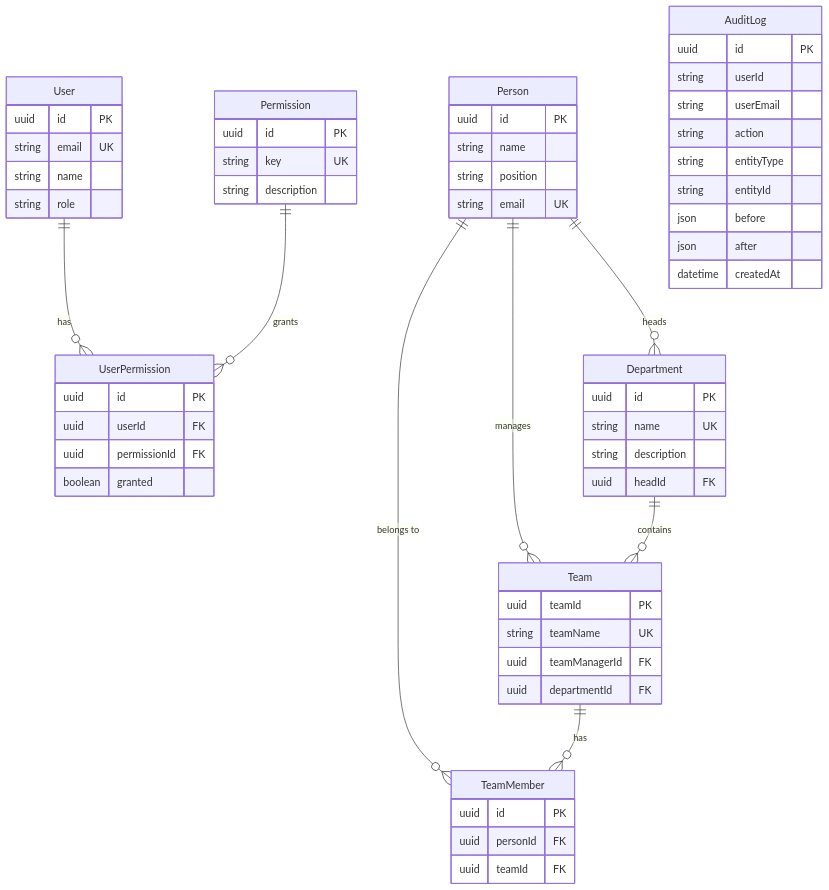
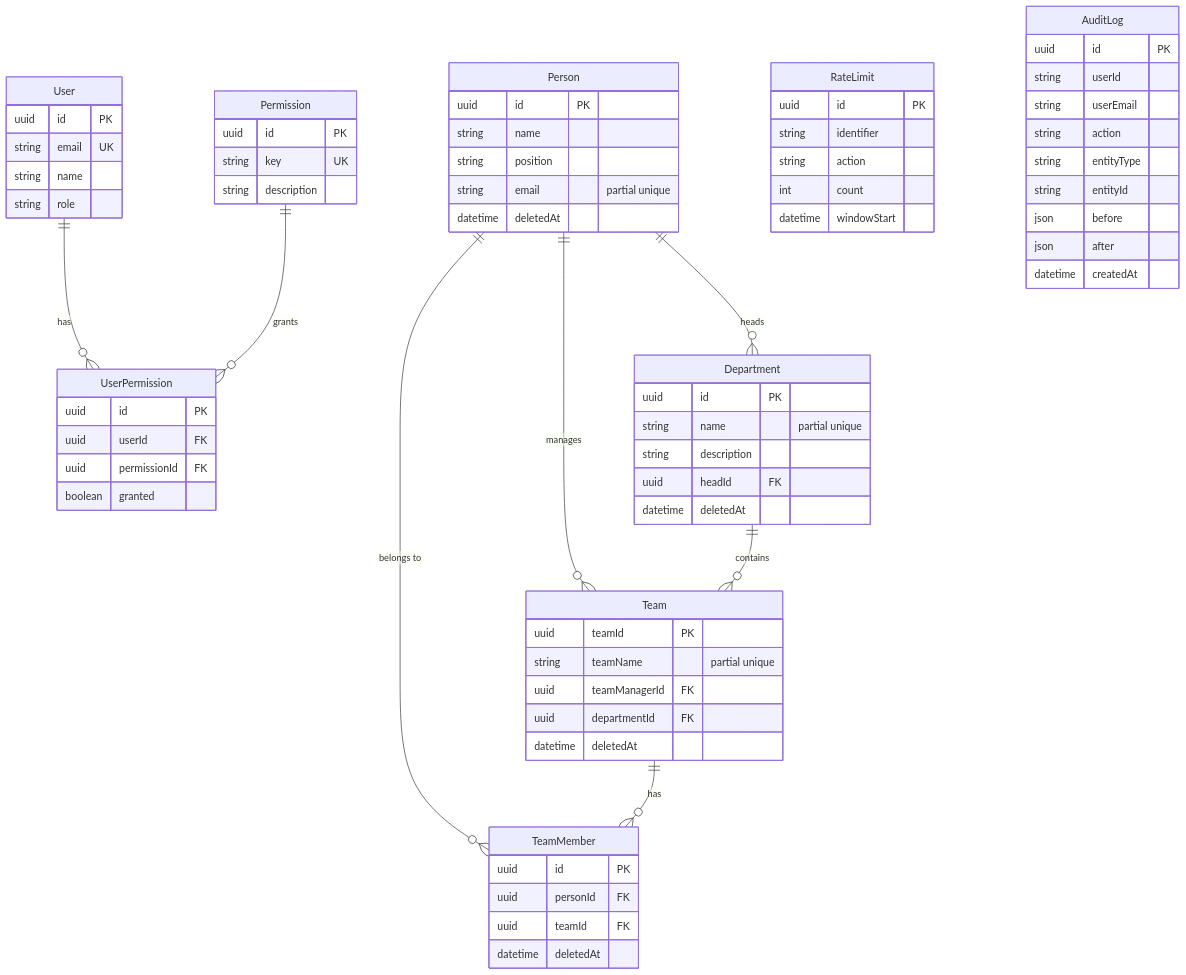
Before and after one commit to MikkoNumminen/HRManager: the second of 5 diagrams in docs/architecture.md, drawn with Mermaid. The commit also changed other lines of this file and 1 other file, not shown here.

Commit message:
docs: fix stale counts, coverage numbers, and data model descriptions
- Permission count 23 → 24 (dashboard:view was added)

- Coverage numbers updated to actual: 98.91/94.90/99.45/99.48

- CLAUDE.md: remove false 100% coverage claim, state actual 99.5%

- Person: remove incorrect self-referencing manager FK description

- architecture.md: add proxy.ts to request flow, add deletedAt columns,

  add RateLimit model, fix partial unique index annotations

````diff
--- a/docs/architecture.md
+++ b/docs/architecture.md
@@ -23,69 +24,81 @@
 ```mermaid
 erDiagram
     Person ||--o{ TeamMember : "belongs to"
     Team ||--o{ TeamMember : "has"
     Person ||--o{ Team : "manages"
     Person ||--o{ Department : "heads"
     Department ||--o{ Team : "contains"
     User ||--o{ UserPermission : "has"
     Permission ||--o{ UserPermission : "grants"
 
     Person {
         uuid id PK
         string name
         string position
-        string email UK
+        string email "partial unique"
+        datetime deletedAt
     }
 
     Team {
         uuid teamId PK
-        string teamName UK
+        string teamName "partial unique"
         uuid teamManagerId FK
         uuid departmentId FK
+        datetime deletedAt
     }
 
     Department {
         uuid id PK
-        string name UK
+        string name "partial unique"
         string description
         uuid headId FK
+        datetime deletedAt
     }
 
     TeamMember {
         uuid id PK
         uuid personId FK
         uuid teamId FK
+        datetime deletedAt
+    }
+
+    RateLimit {
+        uuid id PK
+        string identifier
+        string action
+        int count
+        datetime windowStart
     }
 
     User {
         uuid id PK
         string email UK
         string name
         string role
     }
 
     Permission {
         uuid id PK
         string key UK
         string description
     }
 
     UserPermission {
         uuid id PK
         uuid userId FK
         uuid permissionId FK
         boolean granted
     }
 
     AuditLog {
         uuid id PK
         string userId
         string userEmail
         string action
         string entityType
         string entityId
         json before
         json after
         datetime createdAt
     }
 ```
````
